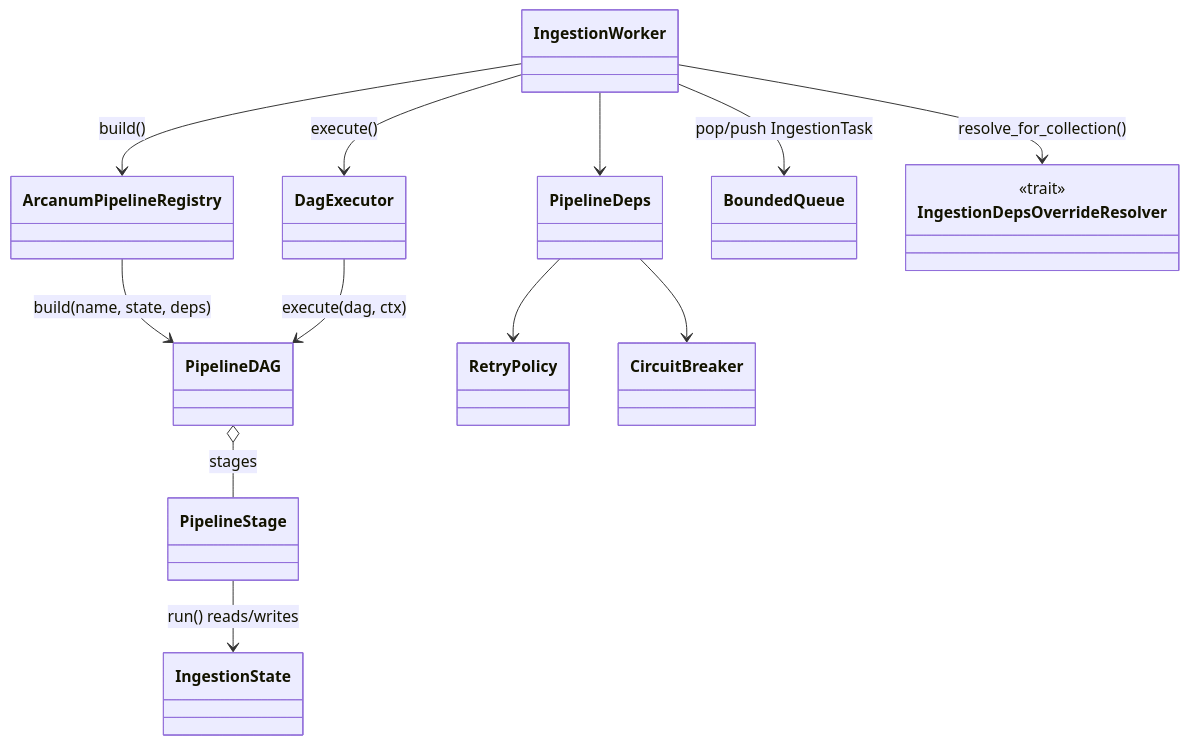
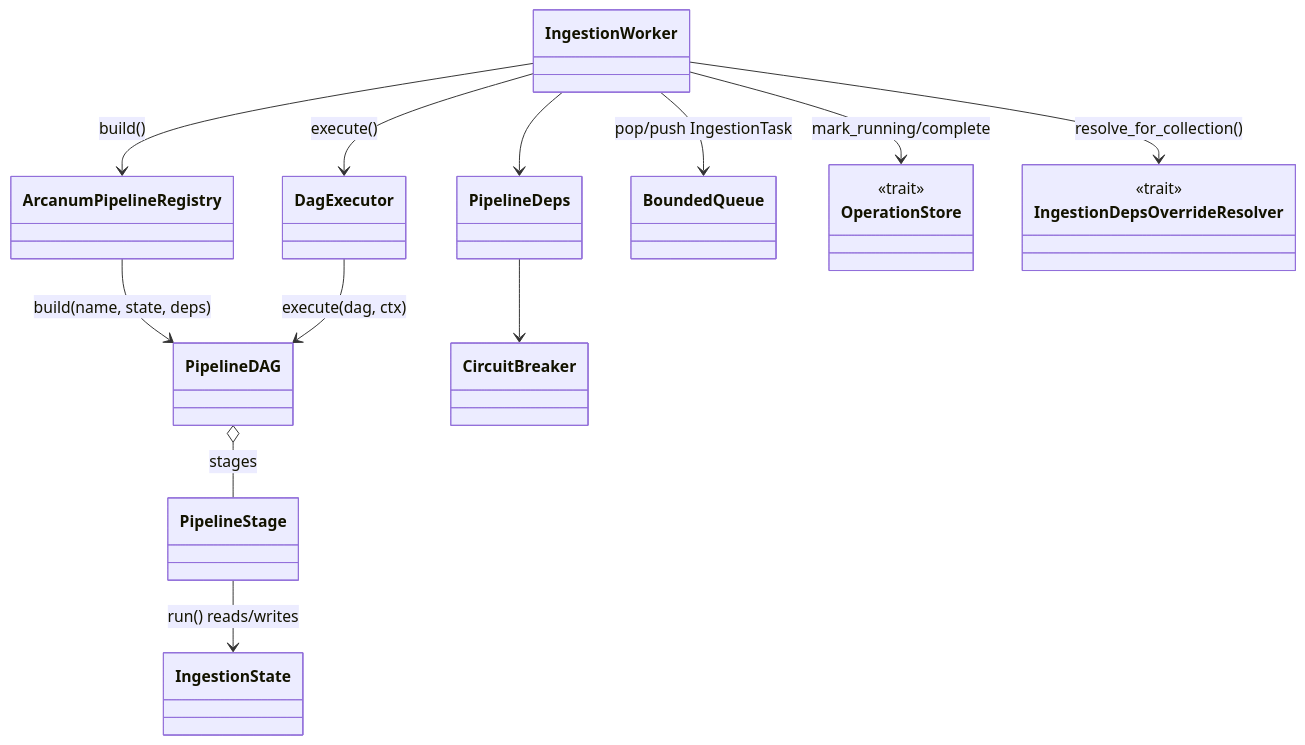
One commit to sirius-zuo/arcanum changed the diagram in wiki/pipeline.md. Above: the diagram before and after it, drawn with Mermaid. The commit also changed other lines of this file, not shown here.

Commit message:
docs(wiki): refresh pipeline page for #59 and #60

````diff
--- a/wiki/pipeline.md
+++ b/wiki/pipeline.md
@@ -61,26 +63,26 @@
 ```mermaid
 classDiagram
     class PipelineDAG
     class PipelineStage
     class DagExecutor
     class ArcanumPipelineRegistry
     class PipelineDeps
     class IngestionState
     class IngestionWorker
     class BoundedQueue
-    class RetryPolicy
     class CircuitBreaker
+    class OperationStore { <<trait>> }
     class IngestionDepsOverrideResolver { <<trait>> }
 
     PipelineDAG o-- PipelineStage : stages
     ArcanumPipelineRegistry --> PipelineDAG : build(name, state, deps)
     DagExecutor --> PipelineDAG : execute(dag, ctx)
     PipelineStage --> IngestionState : run() reads/writes
     IngestionWorker --> BoundedQueue : pop/push IngestionTask
     IngestionWorker --> ArcanumPipelineRegistry : build()
     IngestionWorker --> DagExecutor : execute()
     IngestionWorker --> IngestionDepsOverrideResolver : resolve_for_collection()
+    IngestionWorker --> OperationStore : mark_running/complete
     IngestionWorker --> PipelineDeps
-    PipelineDeps --> RetryPolicy
     PipelineDeps --> CircuitBreaker
 ```
````
